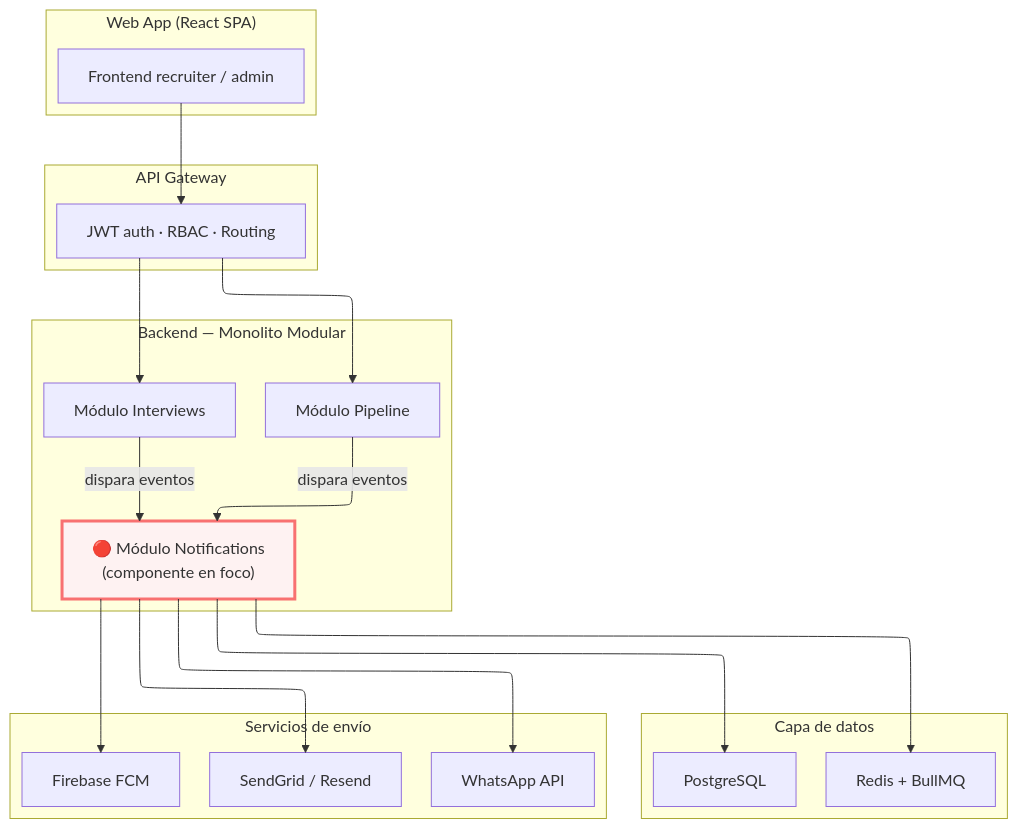
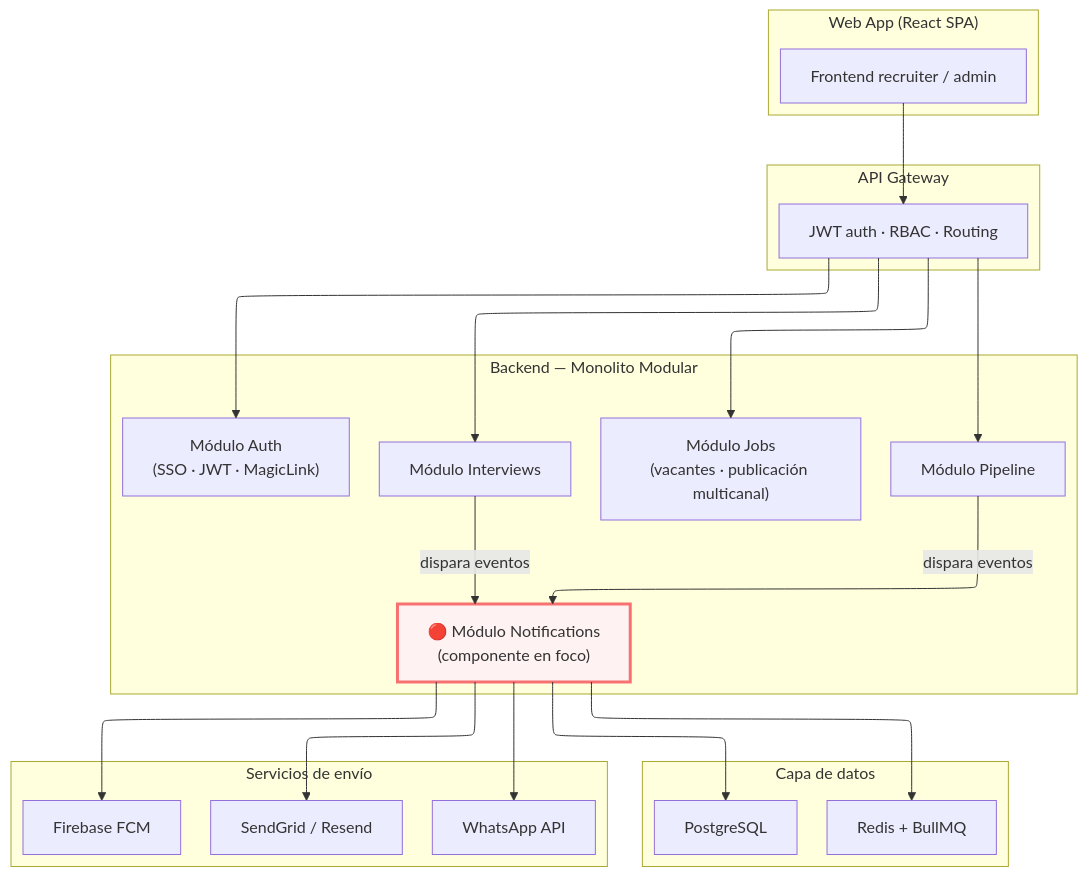
Before and after one commit to cvergaramob/AI4Devs-design-1-2604: diagram 12 of 13 in LTI-CV/LTI-CVE.md, drawn with Mermaid. The commit also changed other lines of this file and 1 other file, not shown here.

````diff
--- a/LTI-CV/LTI-CVE.md
+++ b/LTI-CV/LTI-CVE.md
@@ -1305,48 +1759,52 @@
 ```mermaid
 ---
 config:
   layout: elk
   theme: default
 ---
 graph TB
 
   subgraph SPA["Web App (React SPA)"]
     UI["Frontend recruiter / admin"]
   end
 
   subgraph API["API Gateway"]
     GW["JWT auth · RBAC · Routing"]
   end
 
   subgraph BACK["Backend — Monolito Modular"]
+    AUTH["Módulo Auth\n(SSO · JWT · MagicLink)"]
+    JOBS["Módulo Jobs\n(vacantes · publicación multicanal)"]
     PIPE["Módulo Pipeline"]
     INTV["Módulo Interviews"]
     NOTIF["🔴 Módulo Notifications\n(componente en foco)"]
   end
 
   subgraph DATOS["Capa de datos"]
     PG["PostgreSQL"]
     REDIS["Redis + BullMQ"]
   end
 
   subgraph CANALES["Servicios de envío"]
     SG["SendGrid / Resend"]
     WA["WhatsApp API"]
     FCM["Firebase FCM"]
   end
 
   UI --> GW
+  GW --> AUTH
+  GW --> JOBS
   GW --> PIPE
   GW --> INTV
 
   PIPE -->|"dispara eventos"| NOTIF
   INTV -->|"dispara eventos"| NOTIF
 
   NOTIF --> PG
   NOTIF --> REDIS
   NOTIF --> SG
   NOTIF --> WA
   NOTIF --> FCM
 
   style NOTIF fill:#fef2f2,stroke:#f87171,stroke-width:3px
 ```
````
